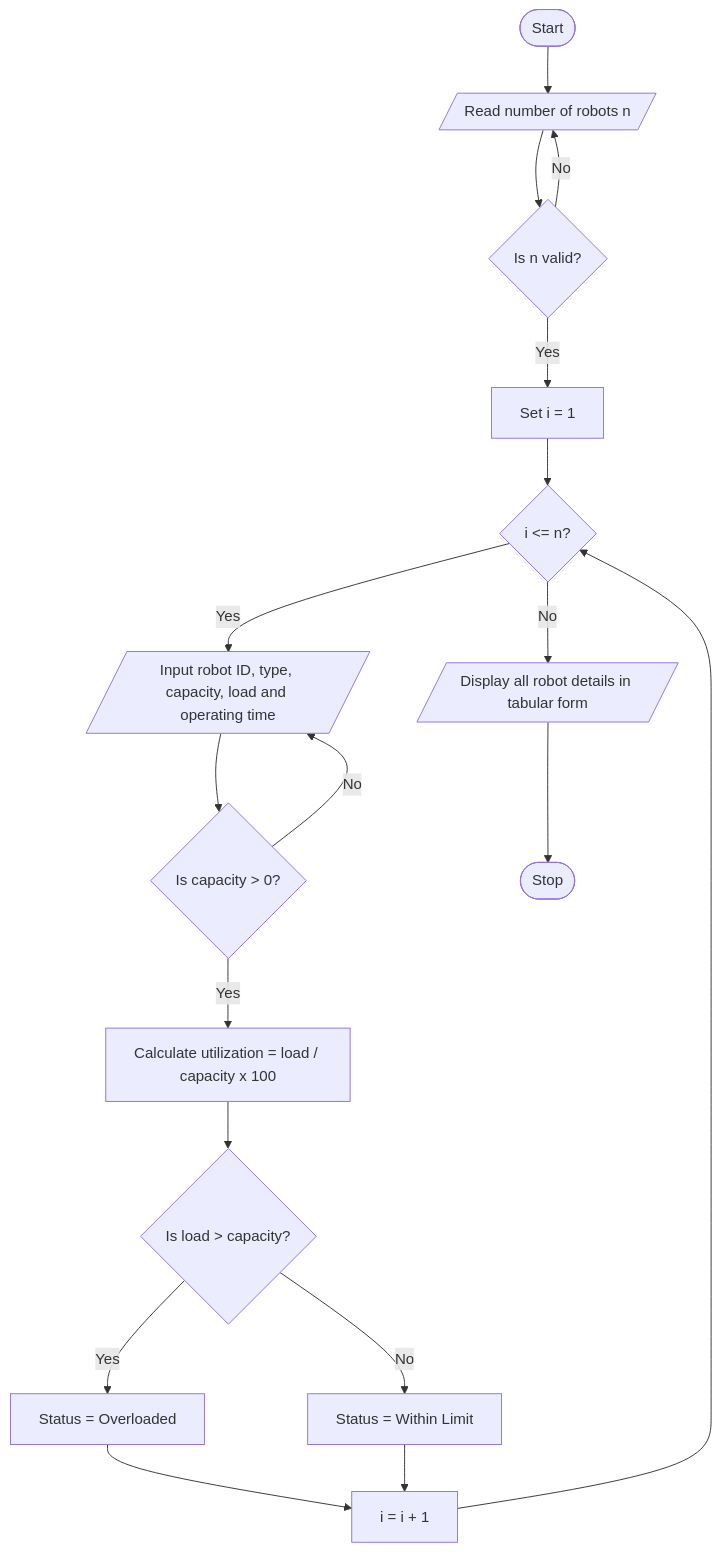
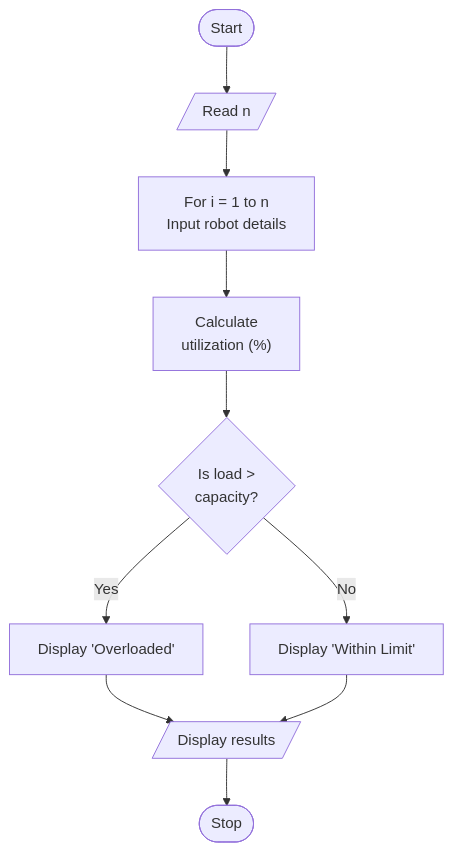
Before and after one commit to sanaygupta/Robot-Load-Utilization-Analysis: the diagram in README.md, drawn with Mermaid. The commit also changed other lines of this file, not shown here.

Commit message:
Refine algorithm and flowchart in README
Updated algorithm steps for clarity and conciseness. Revised flowchart to simplify the representation of robot details input and utilization calculation.

````diff
--- a/README.md
+++ b/README.md
@@ -397,20 +389,12 @@
 ```mermaid
 flowchart TD
-    A([Start]) --> B[/Read number of robots n/]
-    B --> C{Is n valid?}
-    C -- No --> B
-    C -- Yes --> D[Set i = 1]
-    D --> E{i <= n?}
-    E -- No --> L[/Display all robot details in tabular form/]
-    E -- Yes --> F[/Input robot ID, type, capacity, load and operating time/]
-    F --> G{Is capacity > 0?}
-    G -- No --> F
-    G -- Yes --> H[Calculate utilization = load / capacity x 100]
-    H --> I{Is load > capacity?}
-    I -- Yes --> J[Status = Overloaded]
-    I -- No --> K[Status = Within Limit]
-    J --> M[i = i + 1]
-    K --> M
-    M --> E
-    L --> Z([Stop])
+    A([Start]) --> B[/Read n/]
+    B --> C["For i = 1 to n<br/>Input robot details"]
+    C --> D["Calculate<br/>utilization (%)"]
+    D --> E{"Is load ><br/>capacity?"}
+    E -- Yes --> F["Display 'Overloaded'"]
+    E -- No --> G["Display 'Within Limit'"]
+    F --> H[/Display results/]
+    G --> H
+    H --> I([Stop])
 ```
````
